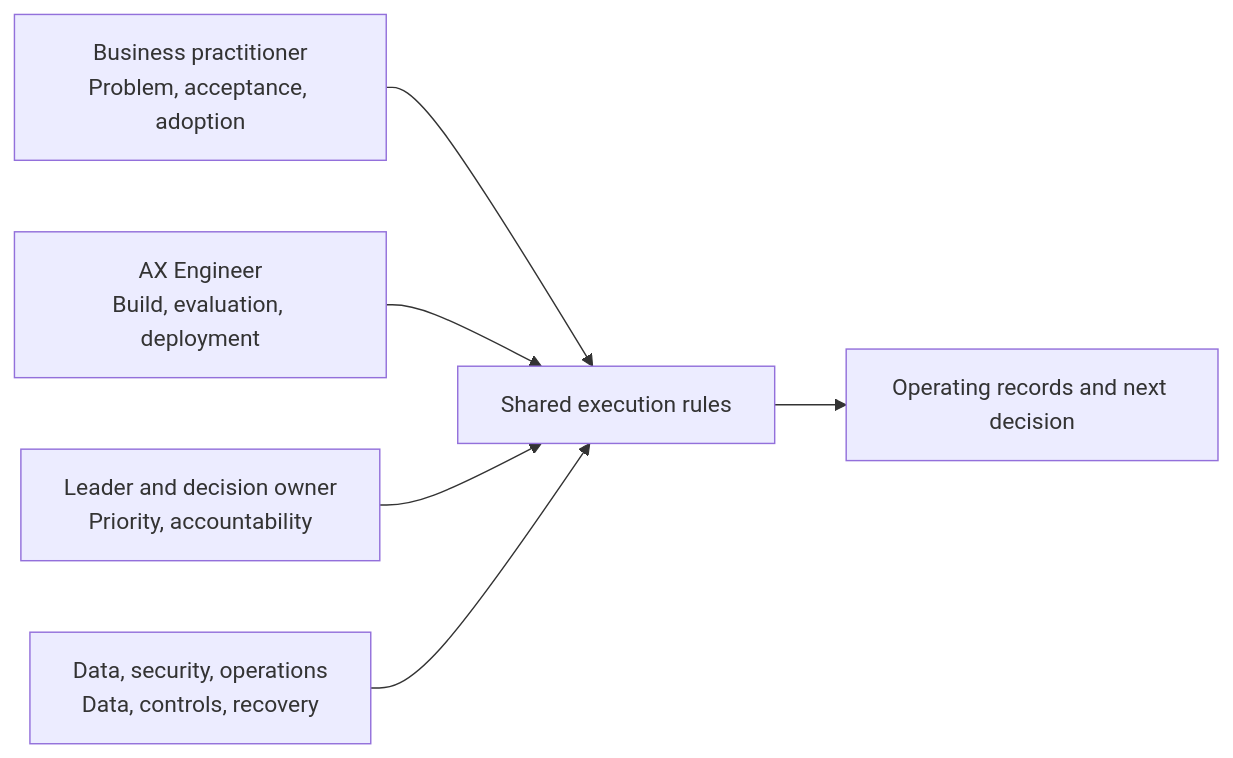
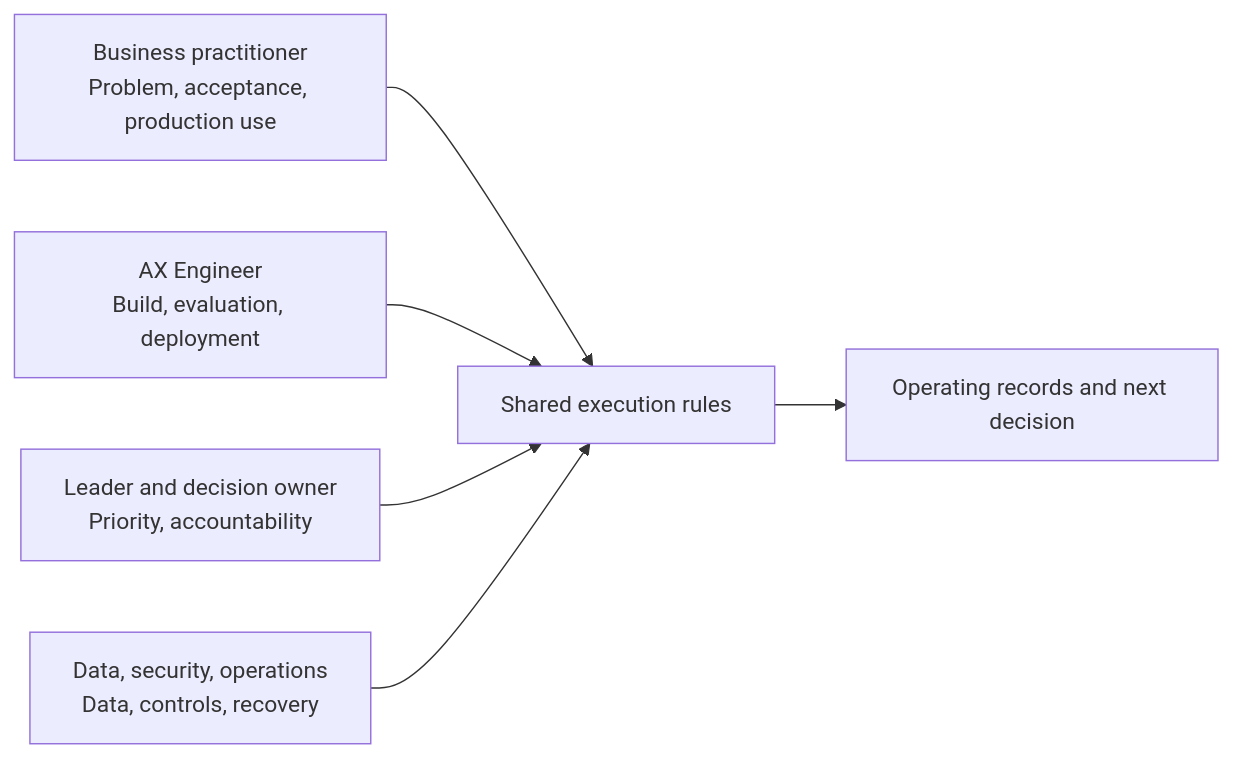
Before and after one commit to woogi-kang/ax-engineer-roadmap: the diagram in en/tracks/README.md, drawn with Mermaid. The commit also changed other lines of this file and 217 other files, not shown here.

First line of the commit message:
docs: refresh AX roadmap and retire legacy site (#29)

````diff
--- a/en/tracks/README.md
+++ b/en/tracks/README.md
@@ -31,8 +37,8 @@
 ```mermaid
 flowchart LR
-    B["Business practitioner<br/>Problem, acceptance, adoption"] --> X["Shared execution rules"]
+    B["Business practitioner<br/>Problem, acceptance, production use"] --> X["Shared execution rules"]
     A["AX Engineer<br/>Build, evaluation, deployment"] --> X
     L["Leader and decision owner<br/>Priority, accountability"] --> X
     D["Data, security, operations<br/>Data, controls, recovery"] --> X
     X --> E["Operating records and next decision"]
 ```
````
